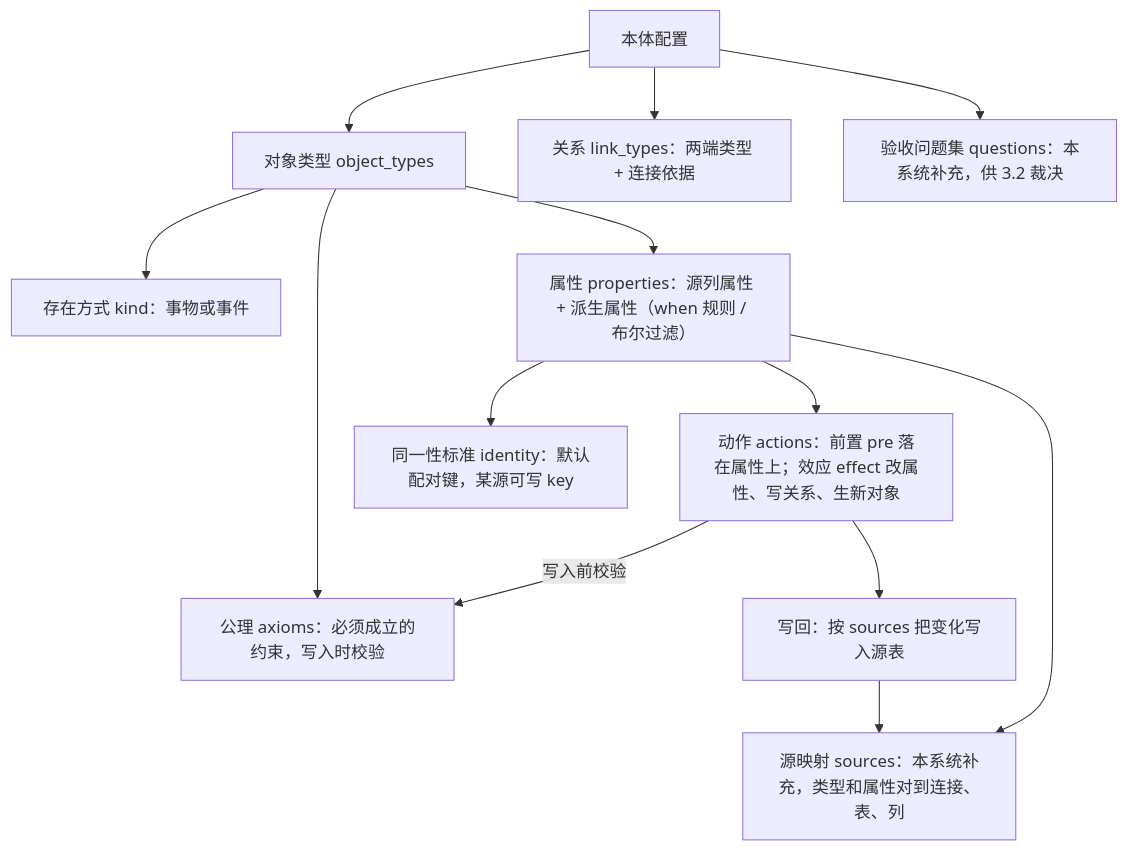
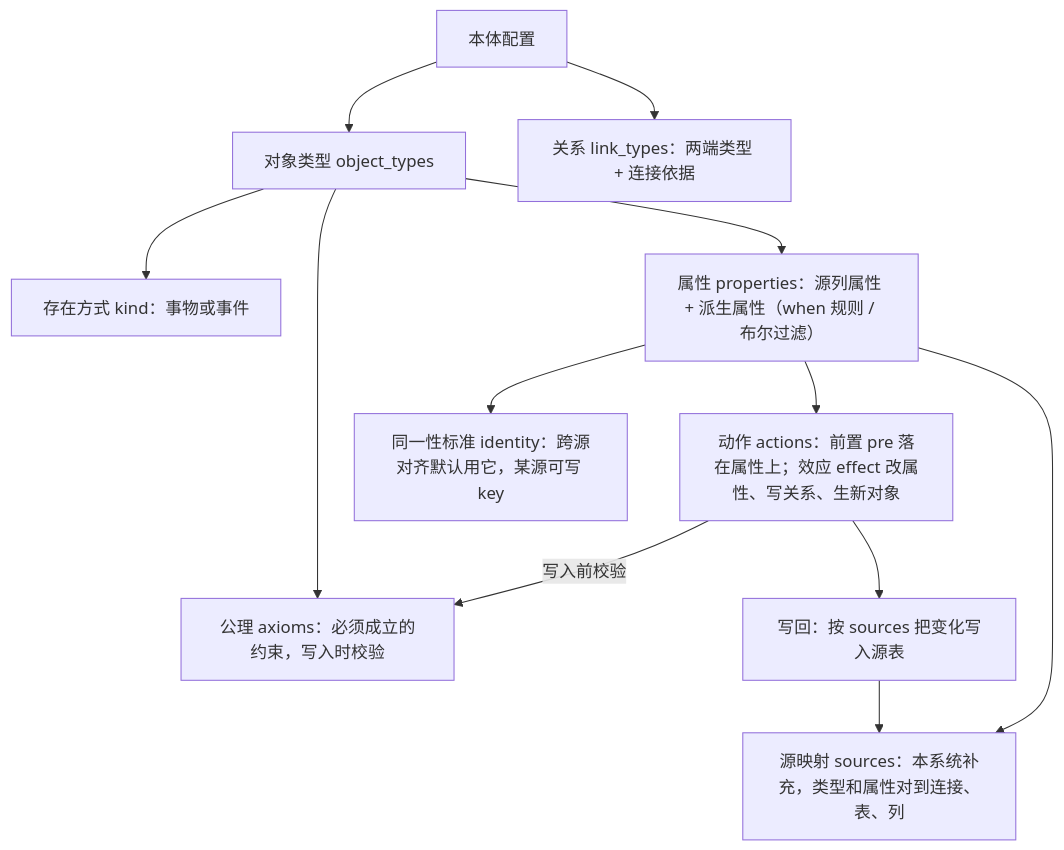
Before and after one commit to majiang213/Ontos: the third of 8 diagrams in docs/ontos-article.md, drawn with Mermaid. The commit also changed other lines of this file and 50 other files, not shown here.

````diff
--- a/docs/ontos-article.md
+++ b/docs/ontos-article.md
@@ -91,15 +91,14 @@
 ```mermaid
 flowchart TD
     O[本体配置] --> OT["对象类型 object_types"]
     O --> LT["关系 link_types：两端类型 + 连接依据"]
-    O --> Q["验收问题集 questions：本系统补充，供 3.2 裁决"]
     OT --> K["存在方式 kind：事物或事件"]
     OT --> AX["公理 axioms：必须成立的约束，写入时校验"]
     OT --> P["属性 properties：源列属性 + 派生属性（when 规则 / 布尔过滤）"]
-    P --> ID["同一性标准 identity：默认配对键，某源可写 key"]
+    P --> ID["同一性标准 identity：跨源对齐默认用它，某源可写 key"]
     P --> AC["动作 actions：前置 pre 落在属性上；效应 effect 改属性、写关系、生新对象"]
     AC -->|写入前校验| AX
     AC --> PJ["写回：按 sources 把变化写入源表"]
     PJ --> SO["源映射 sources：本系统补充，类型和属性对到连接、表、列"]
     P --> SO
 ```
````
